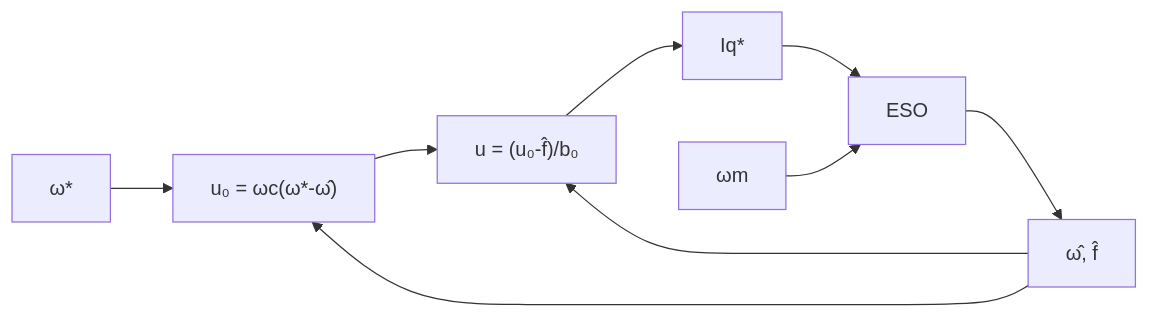
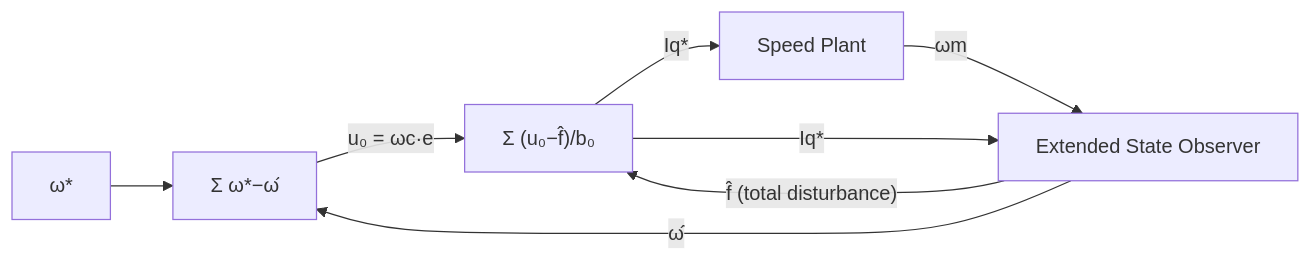
One commit to embedded-pro/e-foc changed the diagram in documentation/theory/speed-loop-controllers.md. Above: the diagram before and after it, drawn with Mermaid. The commit also changed other lines of this file and 21 other files, not shown here.

````diff
--- a/documentation/theory/speed-loop-controllers.md
+++ b/documentation/theory/speed-loop-controllers.md
@@ -200,11 +199,10 @@
 ```mermaid
 graph LR
-    W_REF["ω*"] --> U0["u₀ = ωc(ω*-ω̂)"]
-    ESO["ESO"] --> XHAT["ω̂, f̂"]
-    XHAT --> U0
-    XHAT --> CANCEL["u = (u₀-f̂)/b₀"]
-    U0 --> CANCEL
-    CANCEL --> IQ["Iq*"]
-    W_MEAS["ωm"] --> ESO
-    IQ --> ESO
+    W_REF["ω*"] --> ERR["Σ ω*−ω̂"]
+    ESO["Extended State Observer"] -->|"ω̂"| ERR
+    ESO -->|"f̂ (total disturbance)"| CANCEL["Σ (u₀−f̂)/b₀"]
+    ERR -->|"u₀ = ωc·e"| CANCEL
+    CANCEL -->|"Iq*"| PLANT["Speed Plant"]
+    PLANT -->|"ωm"| ESO
+    CANCEL -->|"Iq*"| ESO
 ```
````
